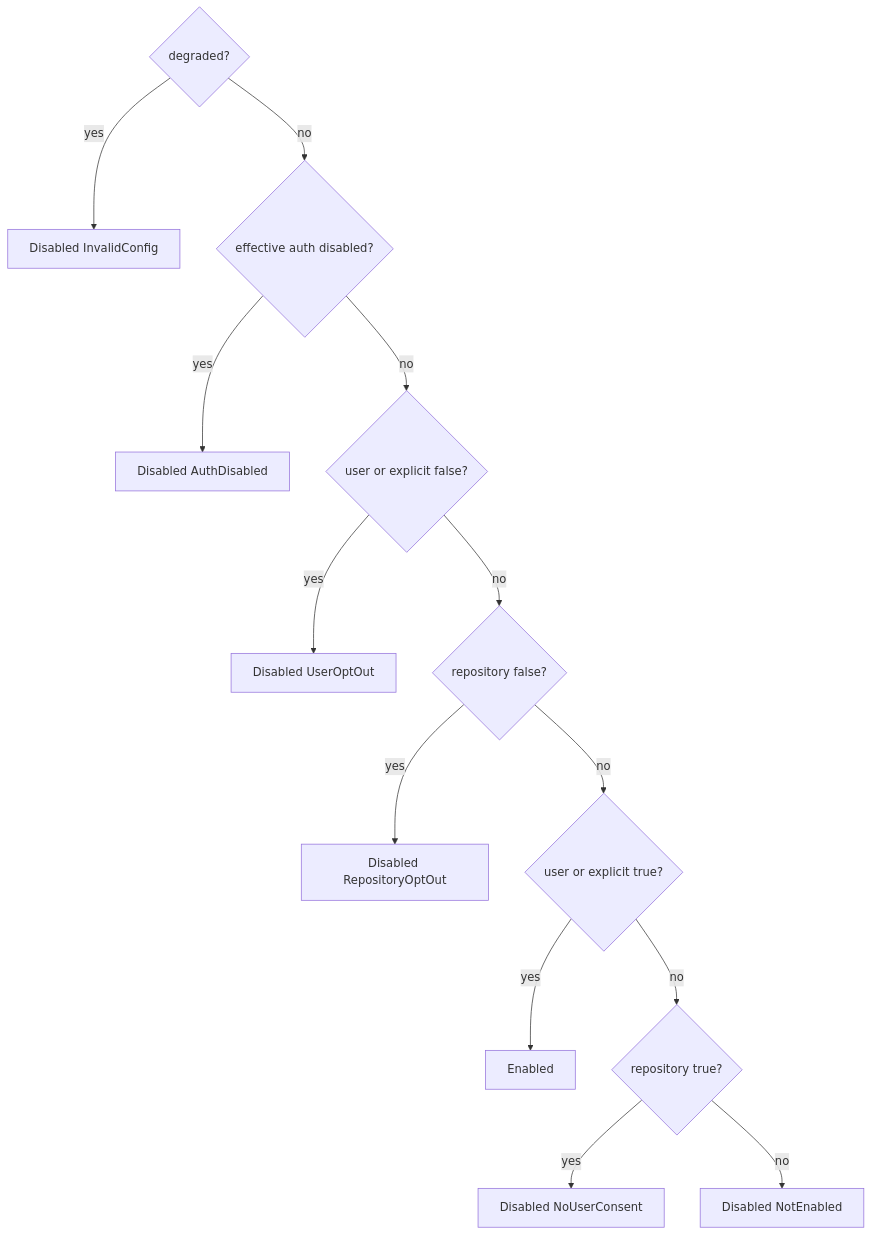
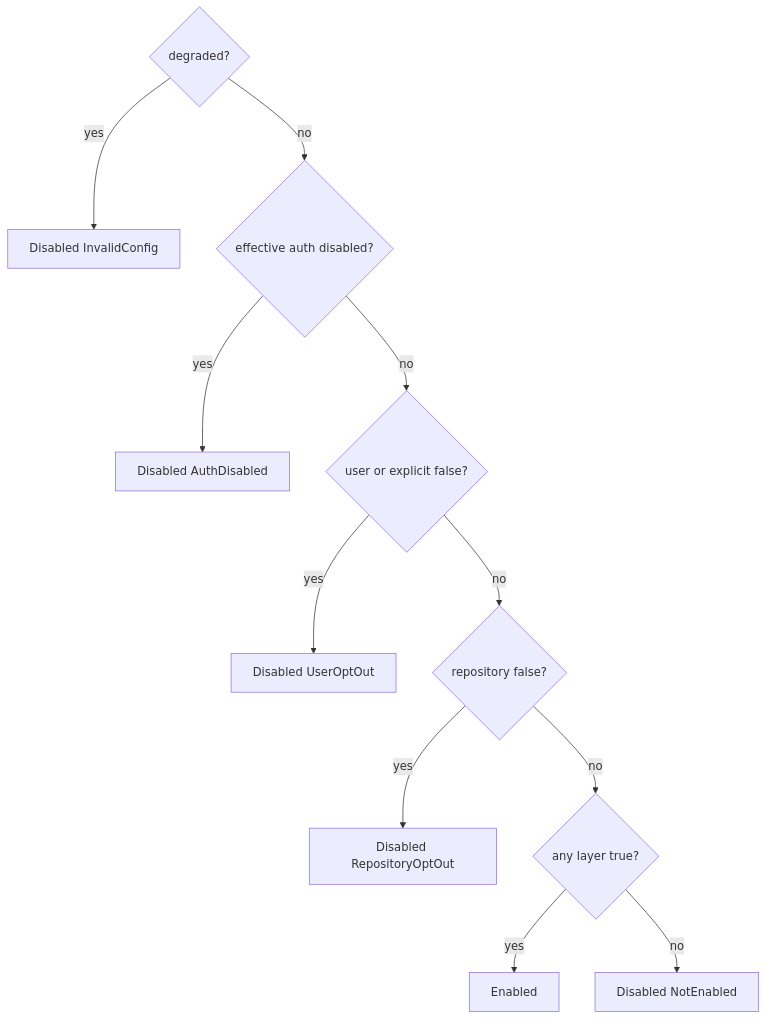
Before and after one commit to crocoder-dev/shared-context-engineering: the diagram in context/cli/access-policy.md, drawn with Mermaid. The commit also changed other lines of this file and 6 other files, not shown here.

First line of the commit message:
config: Let repository telemetry settings grant consent

````diff
--- a/context/cli/access-policy.md
+++ b/context/cli/access-policy.md
@@ -44,15 +44,13 @@
 ```mermaid
 flowchart TD
   D{degraded?} -- yes --> I[Disabled InvalidConfig]
   D -- no --> A{effective auth disabled?}
   A -- yes --> AD[Disabled AuthDisabled]
   A -- no --> U0{user or explicit false?}
   U0 -- yes --> UO[Disabled UserOptOut]
   U0 -- no --> R0{repository false?}
   R0 -- yes --> RO[Disabled RepositoryOptOut]
-  R0 -- no --> U1{user or explicit true?}
-  U1 -- yes --> E[Enabled]
-  U1 -- no --> R1{repository true?}
-  R1 -- yes --> NC[Disabled NoUserConsent]
-  R1 -- no --> NE[Disabled NotEnabled]
+  R0 -- no --> T1{any layer true?}
+  T1 -- yes --> E[Enabled]
+  T1 -- no --> NE[Disabled NotEnabled]
 ```
````
